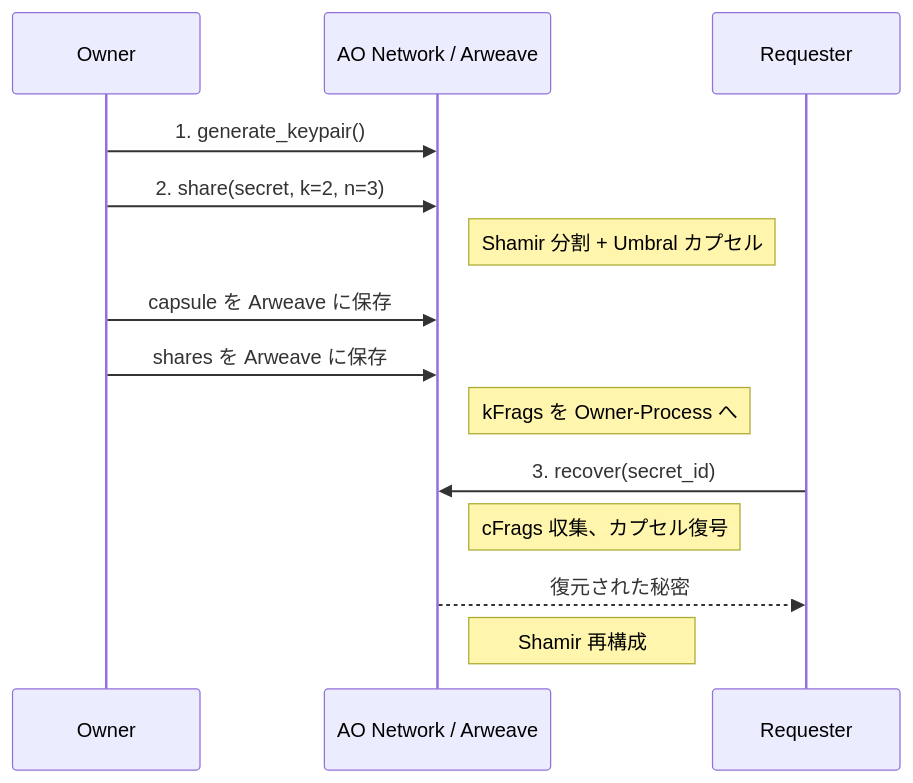
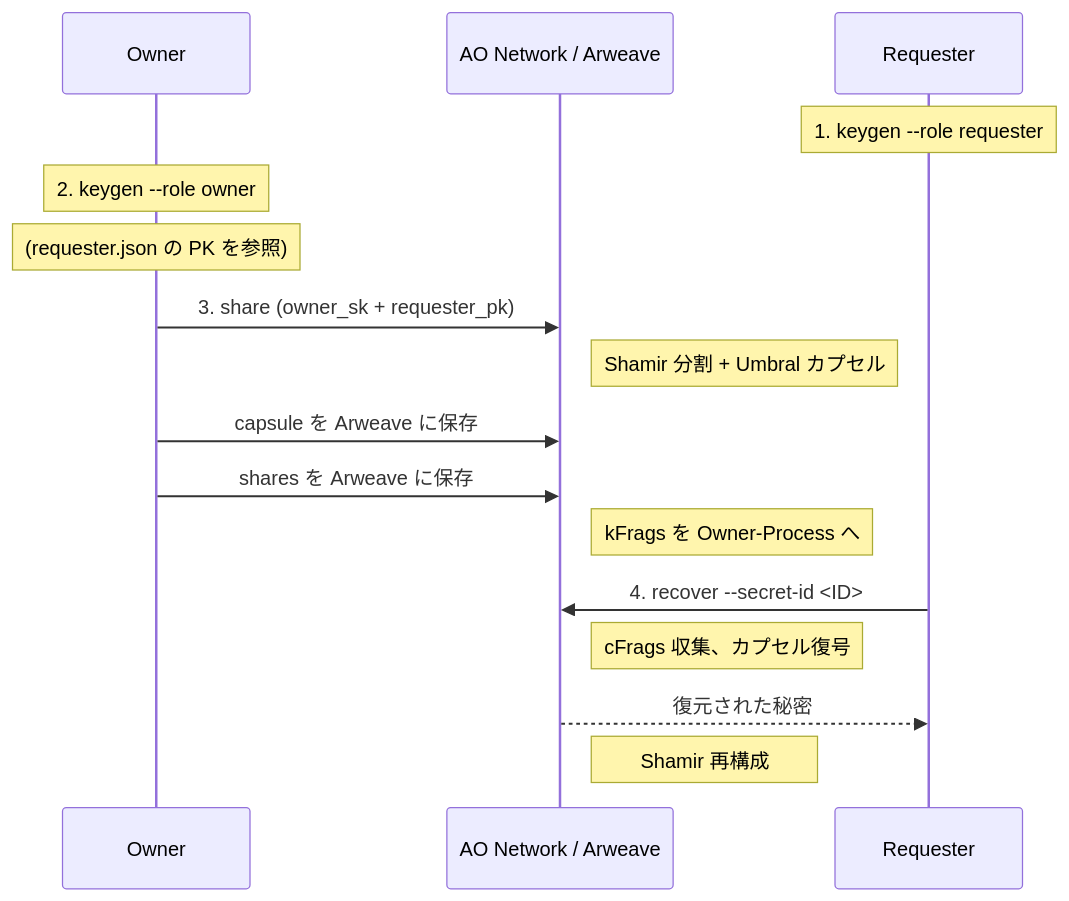
One commit to shodaimomiyama/D-TPRES changed the first of 2 diagrams in demo/README.md. Above: the diagram before and after it, drawn with Mermaid. The commit also changed other lines of this file and 5 other files, not shown here.

````diff
--- a/demo/README.md
+++ b/demo/README.md
@@ -7,18 +7,20 @@
 ```mermaid
 sequenceDiagram
     participant Owner
     participant Net as AO Network / Arweave
     participant Requester
 
-    Owner->>Net: 1. generate_keypair()
-    Owner->>Net: 2. share(secret, k=2, n=3)
+    Note over Requester: 1. keygen --role requester
+    Note over Owner: 2. keygen --role owner
+    Note over Owner: (requester.json の PK を参照)
+    Owner->>Net: 3. share (owner_sk + requester_pk)
     Note right of Net: Shamir 分割 + Umbral カプセル
     Owner->>Net: capsule を Arweave に保存
     Owner->>Net: shares を Arweave に保存
     Note right of Net: kFrags を Owner-Process へ
 
-    Requester->>Net: 3. recover(secret_id)
+    Requester->>Net: 4. recover --secret-id <ID>
     Note right of Net: cFrags 収集、カプセル復号
     Net-->>Requester: 復元された秘密
     Note right of Net: Shamir 再構成
 ```
````
